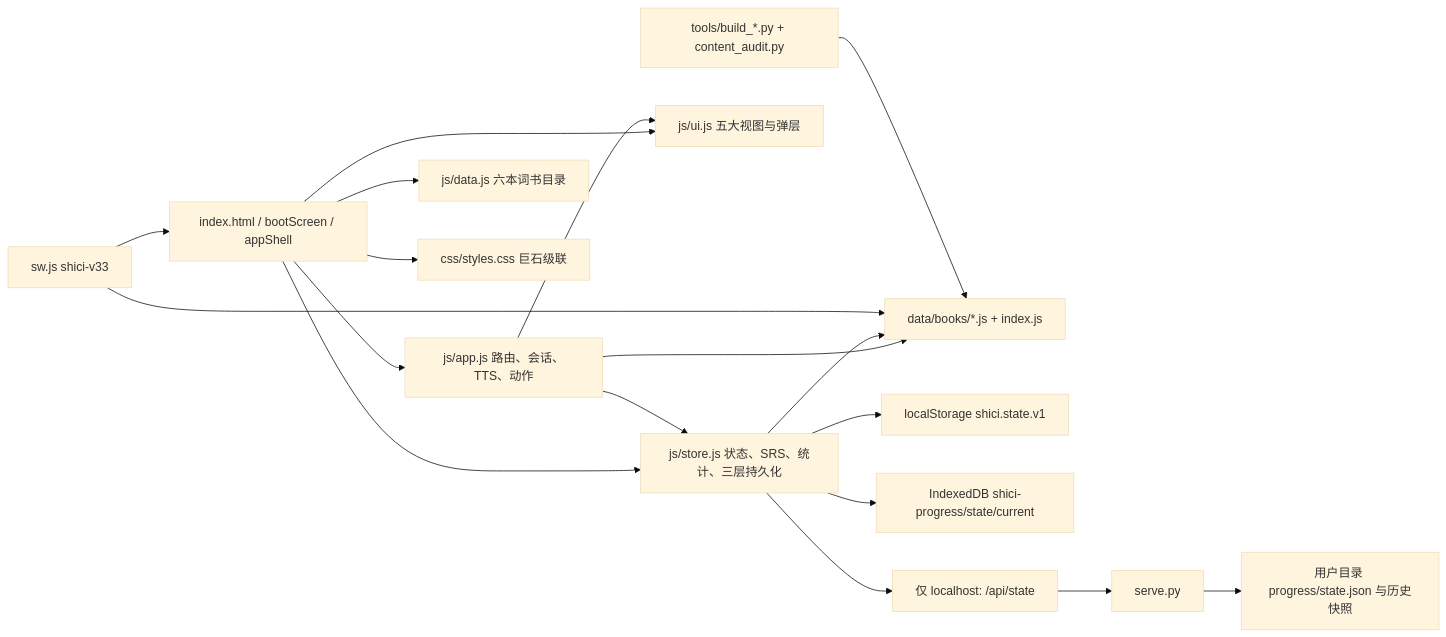
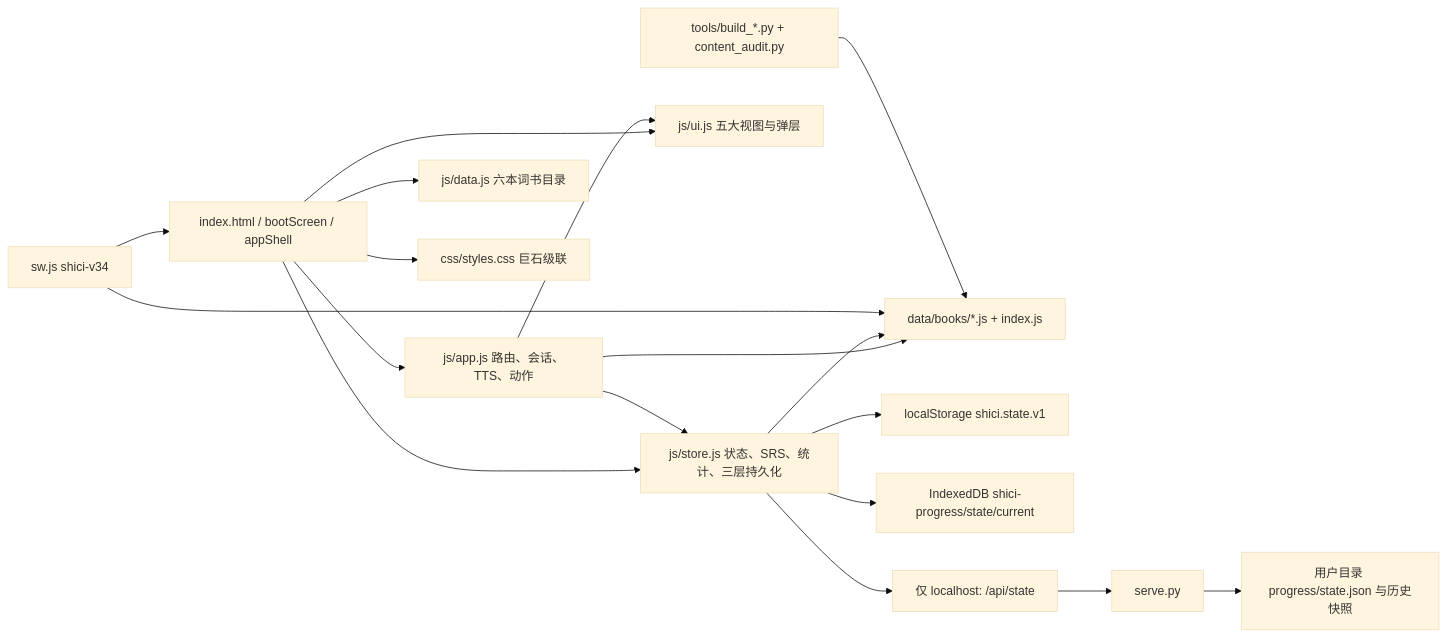
The first of 7 diagrams in docs/system_design.md (weijialiang2023/shici), drawn with Mermaid (base theme) before and after one commit. The commit also changed other lines of this file and 14 other files, not shown here.

````diff
--- a/docs/system_design.md
+++ b/docs/system_design.md
@@ -11,20 +11,20 @@
 ```mermaid
 flowchart LR
     H[index.html / bootScreen / appShell] --> A[js/app.js 路由、会话、TTS、动作]
     H --> S[js/store.js 状态、SRS、统计、三层持久化]
     H --> U[js/ui.js 五大视图与弹层]
     H --> D[js/data.js 六本词书目录]
     H --> CSS[css/styles.css 巨石级联]
     A --> S
     A --> U
     A --> B[data/books/*.js + index.js]
     S --> B
     S --> L[localStorage shici.state.v1]
     S --> I[IndexedDB shici-progress/state/current]
     S --> API[仅 localhost: /api/state]
     API --> PY[serve.py]
     PY --> P[用户目录 progress/state.json 与历史快照]
-    SW[sw.js shici-v33] --> H
+    SW[sw.js shici-v34] --> H
     SW --> B
     ETL[tools/build_*.py + content_audit.py] --> B
 ```
````
